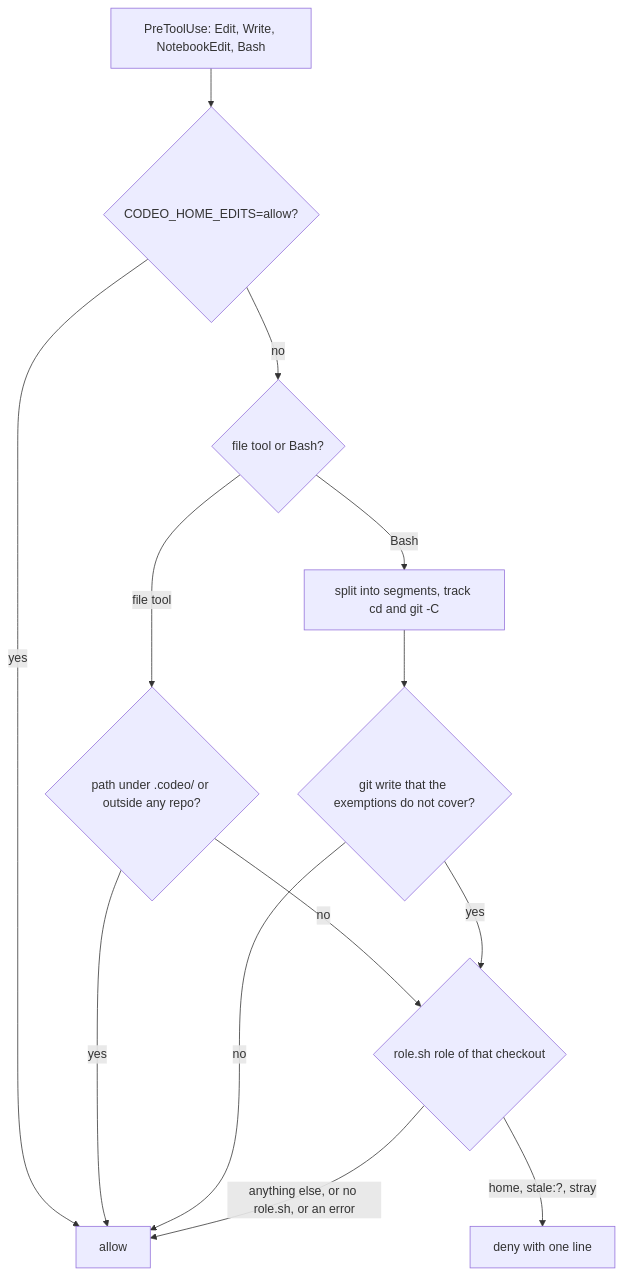
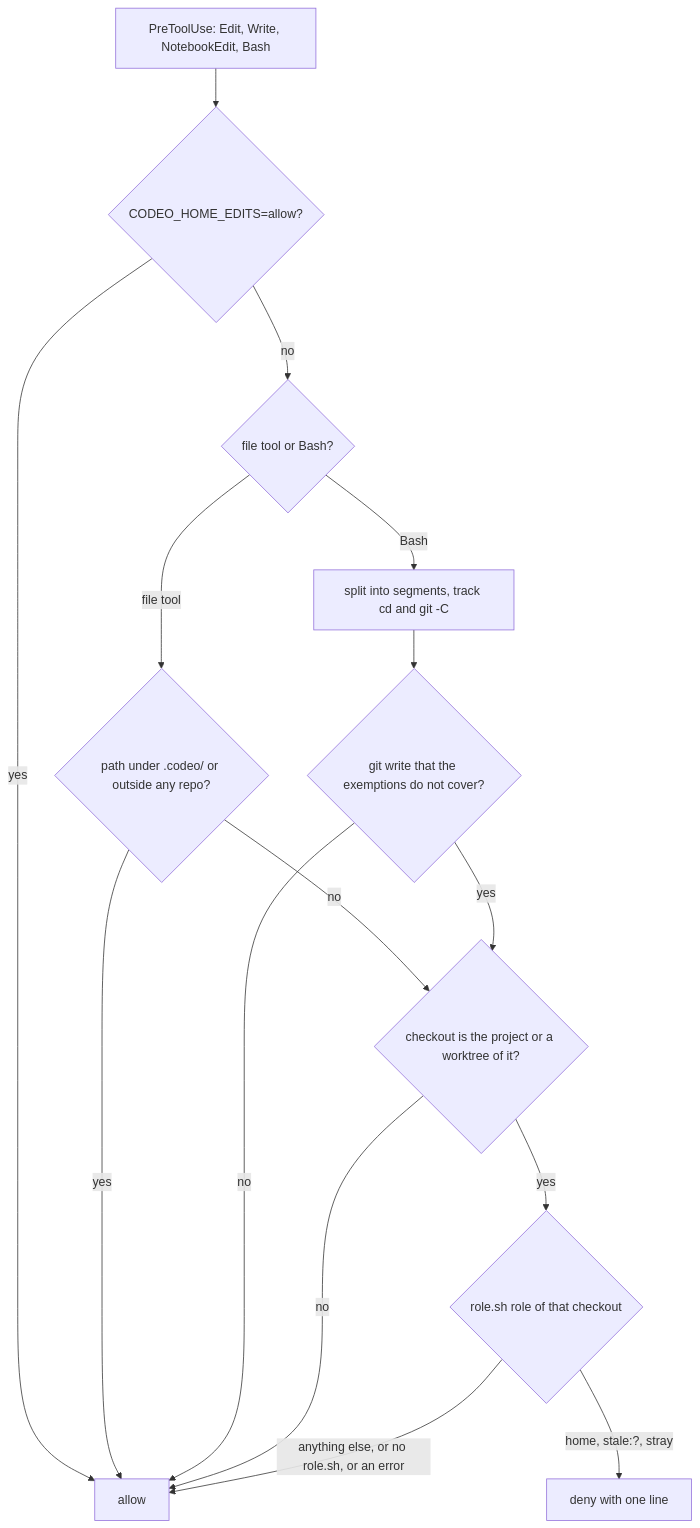
The diagram in docs/home-checkout.md (kbajpai/codeo), drawn with Mermaid before and after one commit. The commit also changed other lines of this file, not shown here.

````diff
--- a/docs/home-checkout.md
+++ b/docs/home-checkout.md
@@ -69,15 +71,17 @@
 ```mermaid
 flowchart TD
     A[PreToolUse: Edit, Write, NotebookEdit, Bash] --> B{CODEO_HOME_EDITS=allow?}
     B -- yes --> Z[allow]
     B -- no --> C{file tool or Bash?}
     C -- file tool --> D{path under .codeo/ or outside any repo?}
     D -- yes --> Z
-    D -- no --> G
+    D -- no --> P
     C -- Bash --> E[split into segments, track cd and git -C]
     E --> F{git write that the exemptions do not cover?}
     F -- no --> Z
-    F -- yes --> G{role.sh role of that checkout}
+    F -- yes --> P{checkout is the project or a worktree of it?}
+    P -- no --> Z
+    P -- yes --> G{role.sh role of that checkout}
     G -- "home, stale:?, stray" --> X[deny with one line]
     G -- "anything else, or no role.sh, or an error" --> Z
 ```
````
